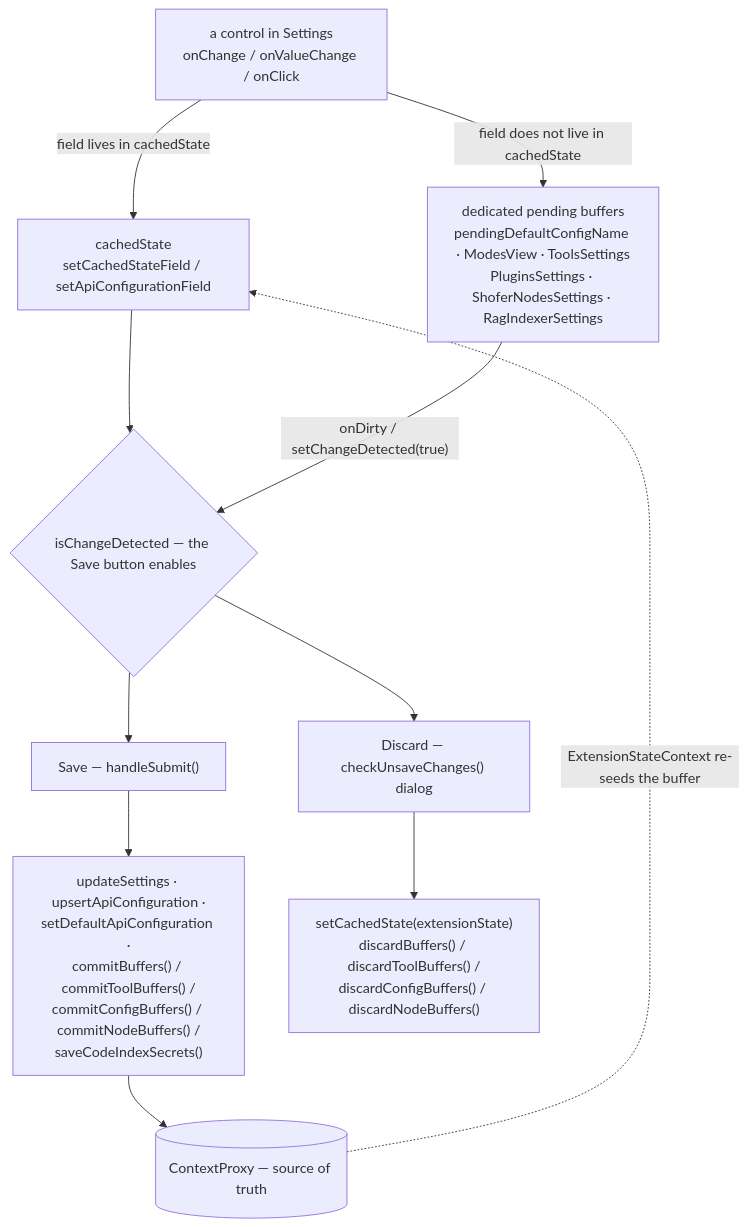
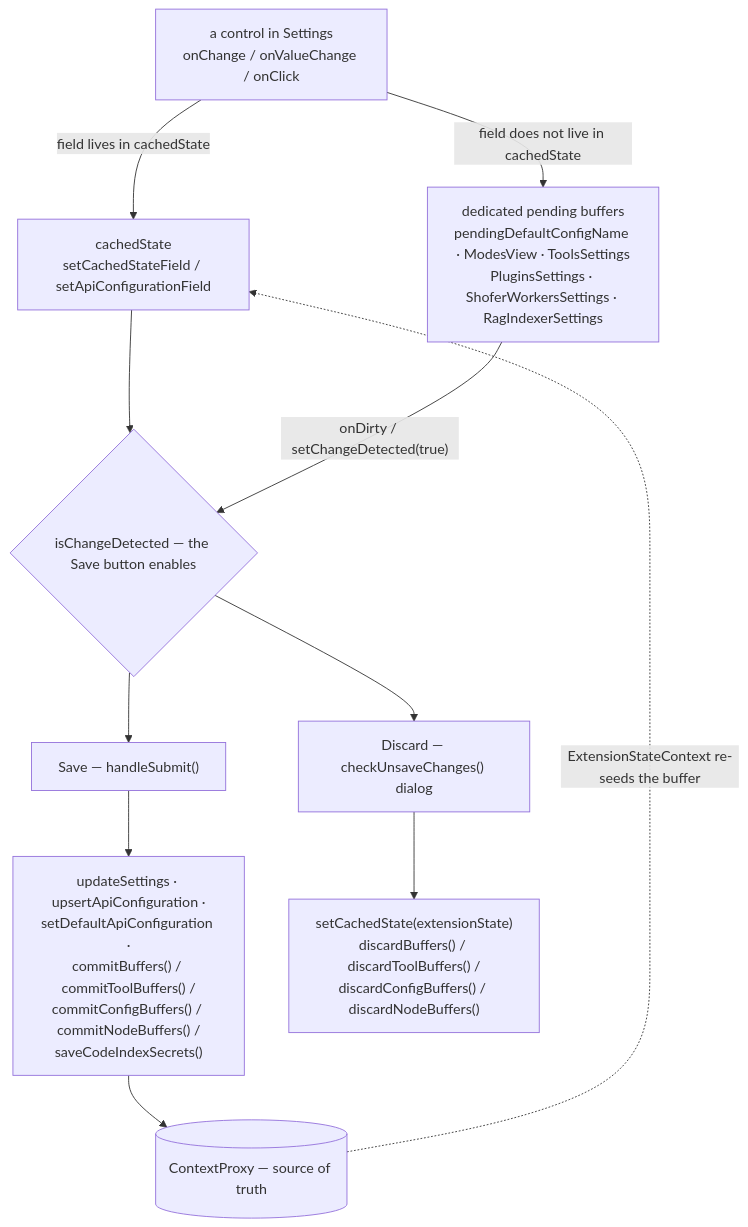
The fifth of 5 diagrams in docs/settings_overlay.md (shofer-dev/shofer), drawn with Mermaid before and after one commit. The commit also changed other lines of this file and 1 other file, not shown here.

````diff
--- a/docs/settings_overlay.md
+++ b/docs/settings_overlay.md
@@ -1417,22 +1440,22 @@
 ```mermaid
 flowchart TD
     IN["a control in Settings<br/>onChange / onValueChange / onClick"]
     CS["cachedState<br/>setCachedStateField / setApiConfigurationField"]
-    PB["dedicated pending buffers<br/>pendingDefaultConfigName · ModesView · ToolsSettings<br/>PluginsSettings · ShoferNodesSettings · RagIndexerSettings"]
+    PB["dedicated pending buffers<br/>pendingDefaultConfigName · ModesView · ToolsSettings<br/>PluginsSettings · ShoferWorkersSettings · RagIndexerSettings"]
     DIRTY{"isChangeDetected — the Save button enables"}
     SAVE["Save — handleSubmit()"]
     HOST["updateSettings · upsertApiConfiguration ·<br/>setDefaultApiConfiguration ·<br/>commitBuffers() / commitToolBuffers() /<br/>commitConfigBuffers() / commitNodeBuffers() /<br/>saveCodeIndexSecrets()"]
     DISC["Discard — checkUnsaveChanges() dialog"]
     REV["setCachedState(extensionState)<br/>discardBuffers() / discardToolBuffers() /<br/>discardConfigBuffers() / discardNodeBuffers()"]
     PROXY[("ContextProxy — source of truth")]
 
     IN -->|"field lives in cachedState"| CS
     IN -->|"field does not live in cachedState"| PB
     CS --> DIRTY
     PB -->|"onDirty / setChangeDetected(true)"| DIRTY
     DIRTY --> SAVE
     DIRTY --> DISC
     SAVE --> HOST --> PROXY
     DISC --> REV
     PROXY -.->|"ExtensionStateContext re-seeds the buffer"| CS
 ```
````
